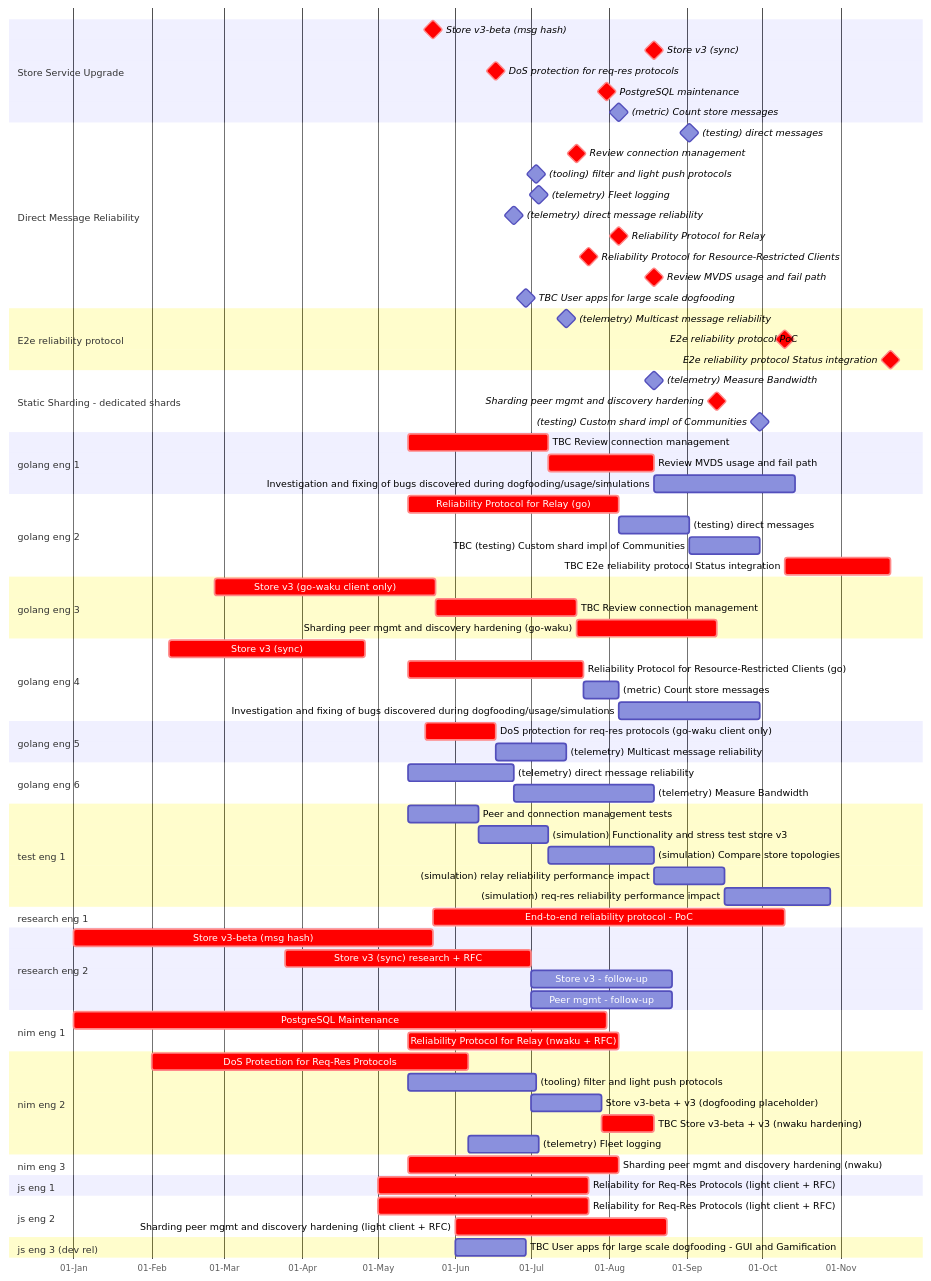
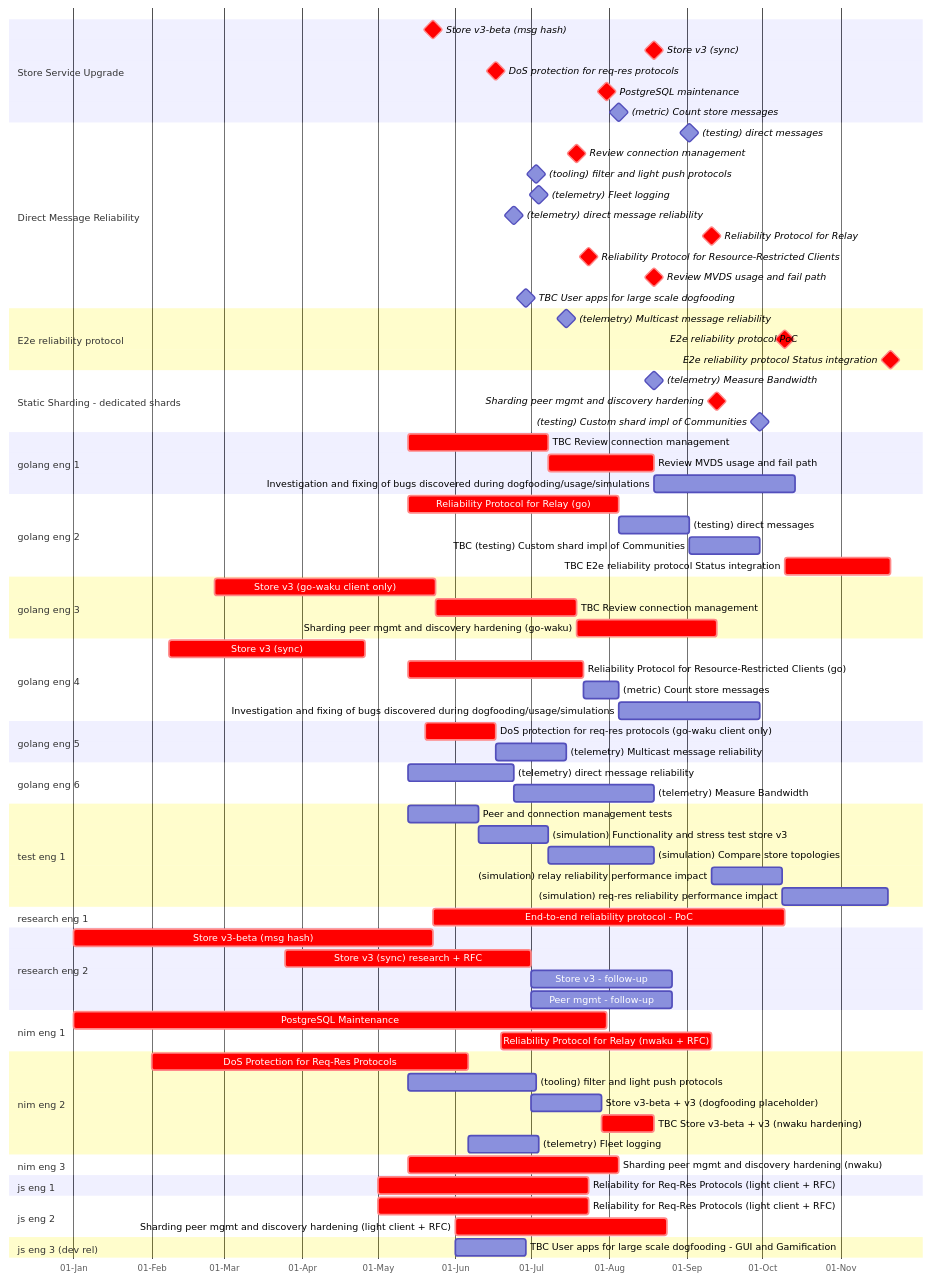
One commit to logos-co/roadmap changed the diagram in content/waku/2024-gantt.md. Above: the diagram before and after it, drawn with Mermaid.

Commit message:
nwaku relay reliability postponed due to scope change on PostgreSQL

```diff
--- a/content/waku/2024-gantt.md
+++ b/content/waku/2024-gantt.md
@@ -93,7 +93,7 @@
         Peer mgmt - follow-up: after storev3-r, 8w
     section nim eng 1
         PostgreSQL Maintenance: crit, pgsql, 2024-01-01, 2024-07-31
-        Reliability Protocol for Relay (nwaku + RFC): crit, rel-relay-n, 2024-05-13, 12w
+        Reliability Protocol for Relay (nwaku + RFC): crit, rel-relay-n, 2024-06-19, 12w
     section nim eng 2
         DoS Protection for Req-Res Protocols: crit, dosreqresn, 2024-02-01, 18w
         (tooling) filter and light push protocols: lite-proto-tester, 2024-05-13, 2024-07-03
```
